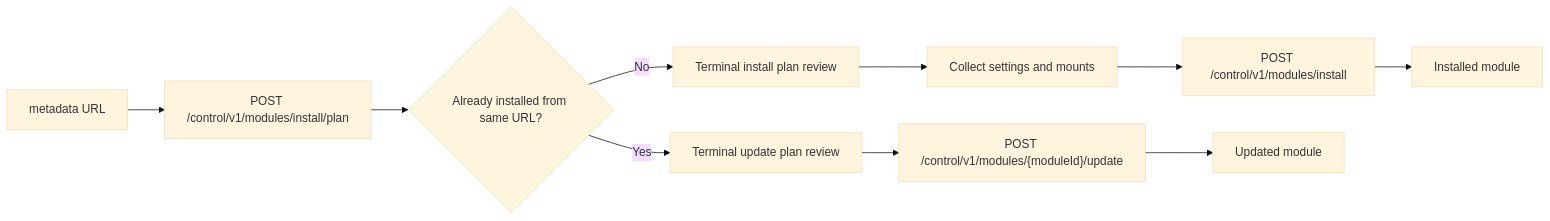
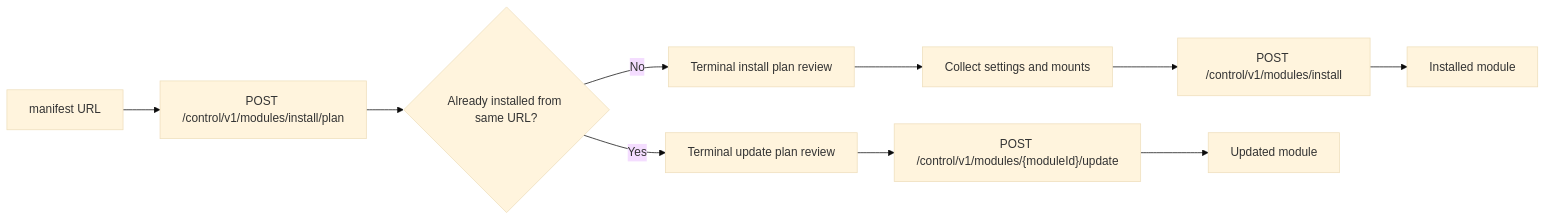
Before and after one commit to alex-de-haas/docker-host: the second of 4 diagrams in docs/features/cli-module-commands.md, drawn with Mermaid (base theme). The commit also changed other lines of this file and 77 other files, not shown here.

````diff
--- a/docs/features/cli-module-commands.md
+++ b/docs/features/cli-module-commands.md
@@ -108,12 +117,12 @@
 ```mermaid
 flowchart LR
-  A["metadata URL"] --> B["POST /control/v1/modules/install/plan"]
+  A["manifest URL"] --> B["POST /control/v1/modules/install/plan"]
   B --> X{"Already installed from same URL?"}
   X -- "No" --> C["Terminal install plan review"]
   C --> D["Collect settings and mounts"]
   D --> E["POST /control/v1/modules/install"]
   E --> F["Installed module"]
   X -- "Yes" --> U["Terminal update plan review"]
   U --> V["POST /control/v1/modules/{moduleId}/update"]
   V --> W["Updated module"]
 ```
````
